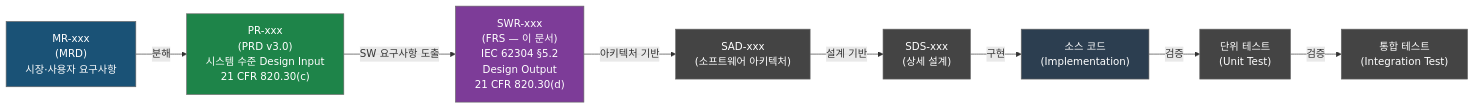
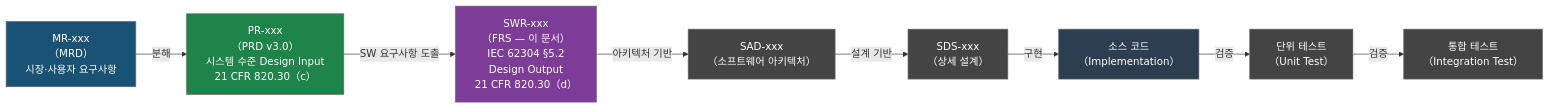
One commit to holee9/console-gui changed the first of 8 diagrams in docs/planning/DOC-004_FRS_v2.0.md. Above: the diagram before and after it, drawn with Mermaid. The commit also changed other lines of this file and 22 other files, not shown here.

First line of the commit message:
fix: Mermaid flowchart 노드 내 괄호 파싱 오류 전면 수정

````diff
--- a/docs/planning/DOC-004_FRS_v2.0.md
+++ b/docs/planning/DOC-004_FRS_v2.0.md
@@ -71,25 +71,25 @@
 ```mermaid
 flowchart LR
-    MR["MR-xxx\n(MRD)\n시장·사용자 요구사항"]
-    PR["PR-xxx\n(PRD v3.0)\n시스템 수준 Design Input\n21 CFR 820.30(c)"]
-    SWR["SWR-xxx\n(FRS — 이 문서)\nIEC 62304 §5.2\nDesign Output\n21 CFR 820.30(d)"]
-    SAD["SAD-xxx\n(소프트웨어 아키텍처)"]
-    SDS["SDS-xxx\n(상세 설계)"]
-    CODE["소스 코드\n(Implementation)"]
-    UT["단위 테스트\n(Unit Test)"]
-    IT["통합 테스트\n(Integration Test)"]
+    MR["MR-xxx\n（MRD）\n시장·사용자 요구사항"]
+    PR["PR-xxx\n（PRD v3.0）\n시스템 수준 Design Input\n21 CFR 820.30（c）"]
+    SWR["SWR-xxx\n（FRS — 이 문서）\nIEC 62304 §5.2\nDesign Output\n21 CFR 820.30（d）"]
+    SAD["SAD-xxx\n（소프트웨어 아키텍처）"]
+    SDS["SDS-xxx\n（상세 설계）"]
+    CODE["소스 코드\n（Implementation）"]
+    UT["단위 테스트\n（Unit Test）"]
+    IT["통합 테스트\n（Integration Test）"]
 
     MR -->|"분해"| PR
     PR -->|"SW 요구사항 도출"| SWR
     SWR -->|"아키텍처 기반"| SAD
     SAD -->|"설계 기반"| SDS
     SDS -->|"구현"| CODE
     CODE -->|"검증"| UT
     UT -->|"검증"| IT
 
     classDef default fill:#444,stroke:#666,color:#fff
     style SWR fill:#7d3c98,color:#fff
     style PR fill:#1e8449,color:#fff
     style MR fill:#1a5276,color:#fff
     style CODE fill:#2c3e50,color:#fff
 ```
````
